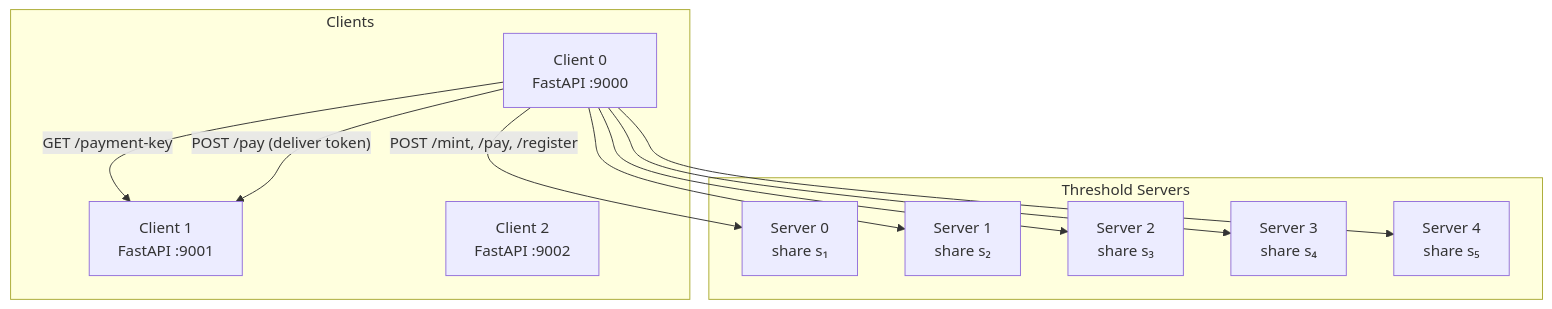
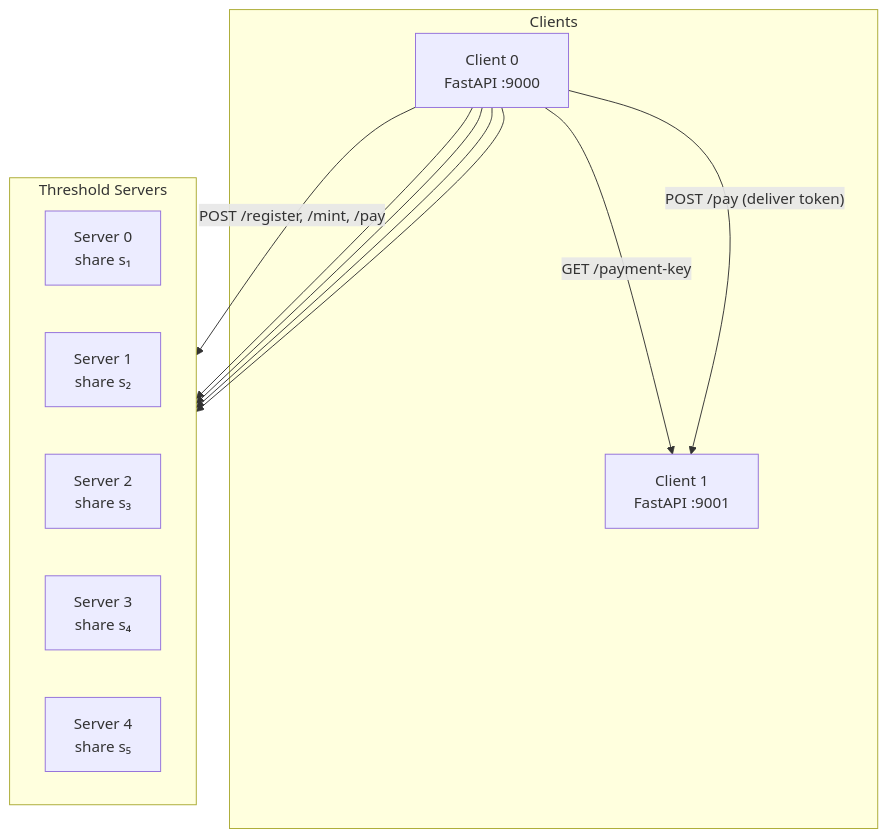
The diagram in docs/architecture.md (jonco5555/Payment-Scheme), drawn with Mermaid before and after one commit. The commit also changed other lines of this file and 6 other files, not shown here.

````diff
--- a/docs/architecture.md
+++ b/docs/architecture.md
@@ -7,25 +8,26 @@
 ```mermaid
-graph TB
+graph
     subgraph Clients
         C0[Client 0<br/>FastAPI :9000]
         C1[Client 1<br/>FastAPI :9001]
-        C2[Client 2<br/>FastAPI :9002]
     end
 
     subgraph Threshold Servers
+        direction LR
+
         S0[Server 0<br/>share s₁]
         S1[Server 1<br/>share s₂]
         S2[Server 2<br/>share s₃]
         S3[Server 3<br/>share s₄]
         S4[Server 4<br/>share s₅]
     end
 
-    C0 -- "POST /mint, /pay, /register" --> S0
+    C0 -- "POST /register, /mint, /pay" --> S0
     C0 --> S1
     C0 --> S2
     C0 --> S3
     C0 --> S4
 
     C0 -- "GET /payment-key" --> C1
     C0 -- "POST /pay (deliver token)" --> C1
 ```
````
